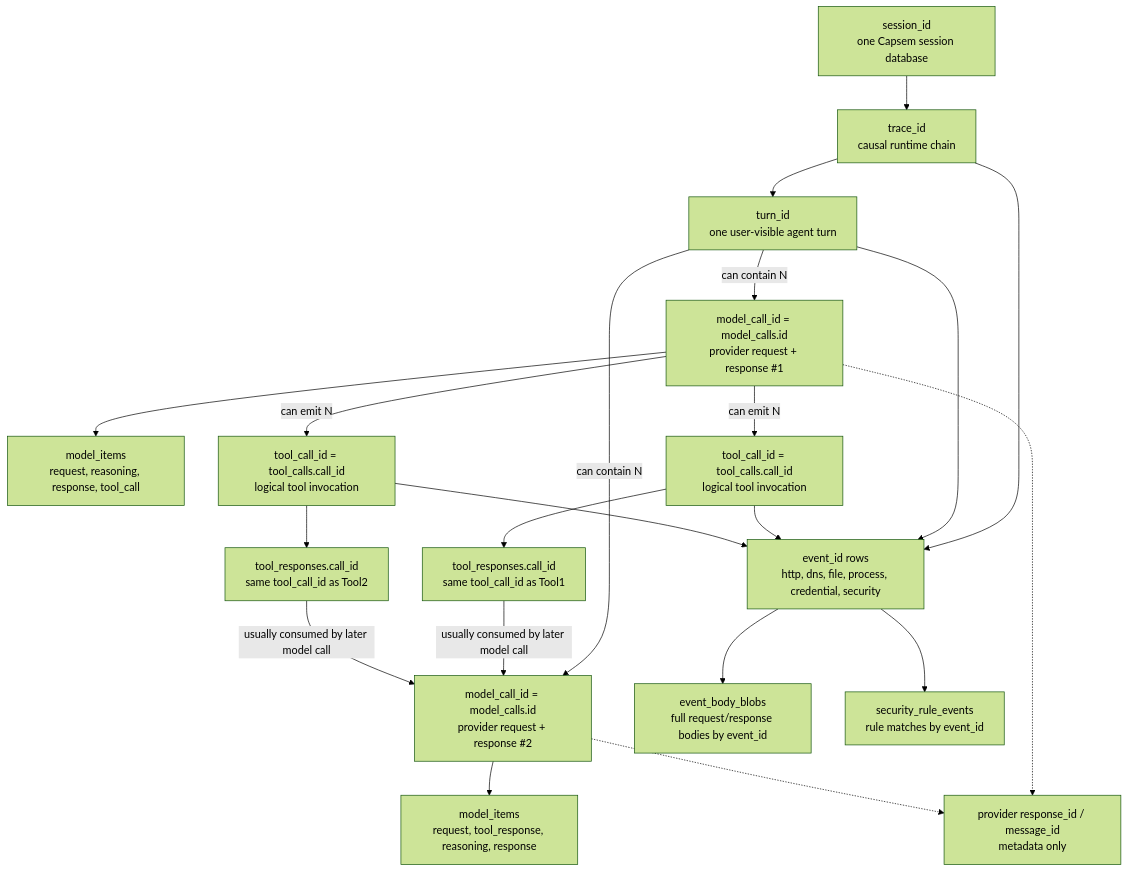
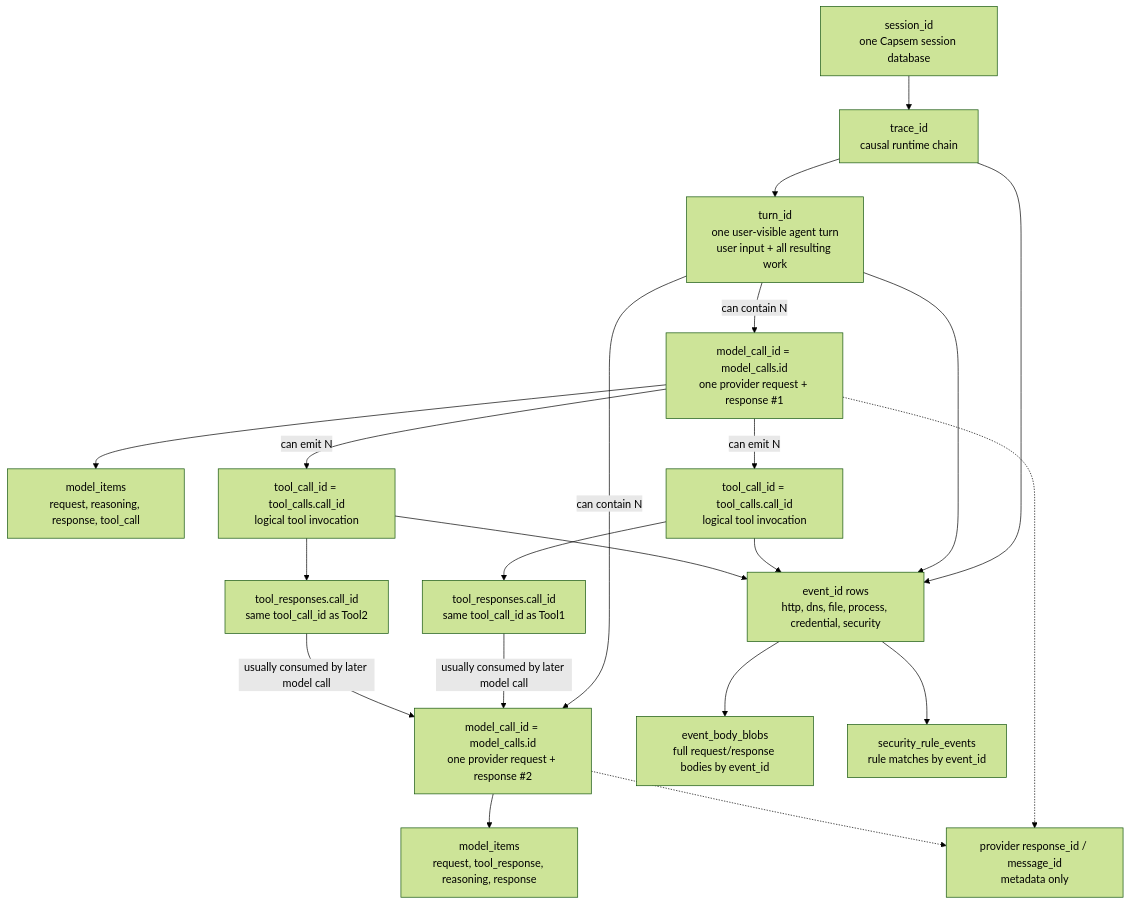
One commit to google/capsem changed the second of 4 diagrams in docs/src/content/docs/architecture/session-telemetry.md. Above: the diagram before and after it, drawn with Mermaid (forest theme). The commit also changed other lines of this file and 1 other file, not shown here.

Commit message:
docs: clarify model and tool ledger ids

````diff
--- a/docs/src/content/docs/architecture/session-telemetry.md
+++ b/docs/src/content/docs/architecture/session-telemetry.md
@@ -155,45 +157,45 @@
 ```mermaid
 flowchart TD
     Session["session_id<br/>one Capsem session database"]
     Trace["trace_id<br/>causal runtime chain"]
-    Turn["turn_id<br/>one user-visible agent turn"]
+    Turn["turn_id<br/>one user-visible agent turn<br/>user input + all resulting work"]
 
-    Model1["model_call_id = model_calls.id<br/>provider request + response #1"]
-    Model2["model_call_id = model_calls.id<br/>provider request + response #2"]
+    Model1["model_call_id = model_calls.id<br/>one provider request + response #1"]
+    Model2["model_call_id = model_calls.id<br/>one provider request + response #2"]
     ModelItems1["model_items<br/>request, reasoning, response, tool_call"]
     ModelItems2["model_items<br/>request, tool_response, reasoning, response"]
 
     Tool1["tool_call_id = tool_calls.call_id<br/>logical tool invocation"]
     Tool2["tool_call_id = tool_calls.call_id<br/>logical tool invocation"]
     ToolResponse1["tool_responses.call_id<br/>same tool_call_id as Tool1"]
     ToolResponse2["tool_responses.call_id<br/>same tool_call_id as Tool2"]
 
     EventRows["event_id rows<br/>http, dns, file, process, credential, security"]
     BodyBlobs["event_body_blobs<br/>full request/response bodies by event_id"]
     SecurityRows["security_rule_events<br/>rule matches by event_id"]
     ProviderIds["provider response_id / message_id<br/>metadata only"]
 
     Session --> Trace
     Trace --> Turn
     Turn -->|"can contain N"| Model1
     Turn -->|"can contain N"| Model2
 
     Model1 --> ModelItems1
     Model2 --> ModelItems2
     Model1 -->|"can emit N"| Tool1
     Model1 -->|"can emit N"| Tool2
 
     Tool1 --> ToolResponse1
     Tool2 --> ToolResponse2
     ToolResponse1 -->|"usually consumed by later model call"| Model2
     ToolResponse2 -->|"usually consumed by later model call"| Model2
 
     Trace --> EventRows
     Turn --> EventRows
     Tool1 --> EventRows
     Tool2 --> EventRows
     EventRows --> BodyBlobs
     EventRows --> SecurityRows
     Model1 -.-> ProviderIds
     Model2 -.-> ProviderIds
 ```
````
